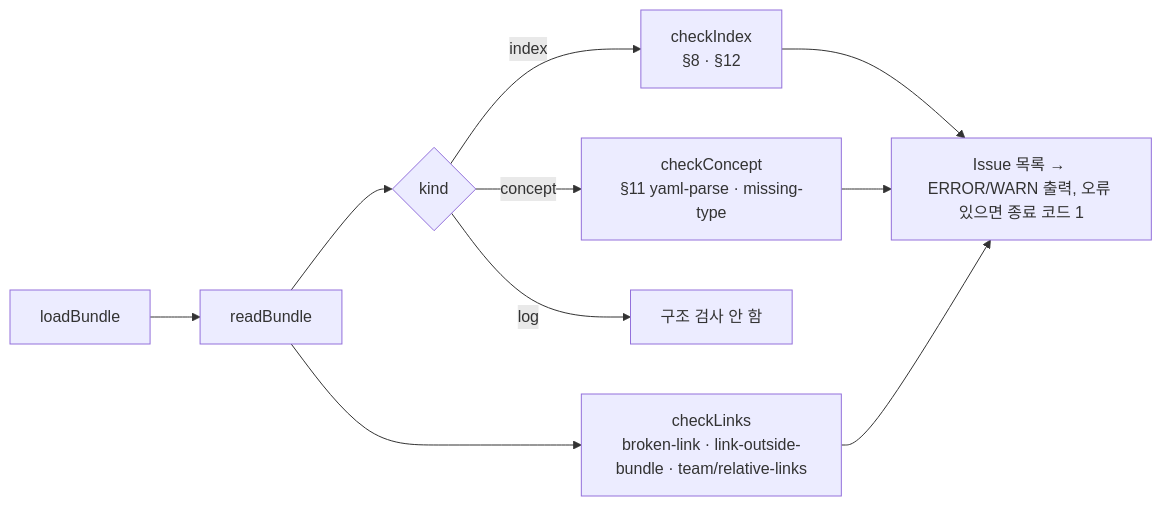
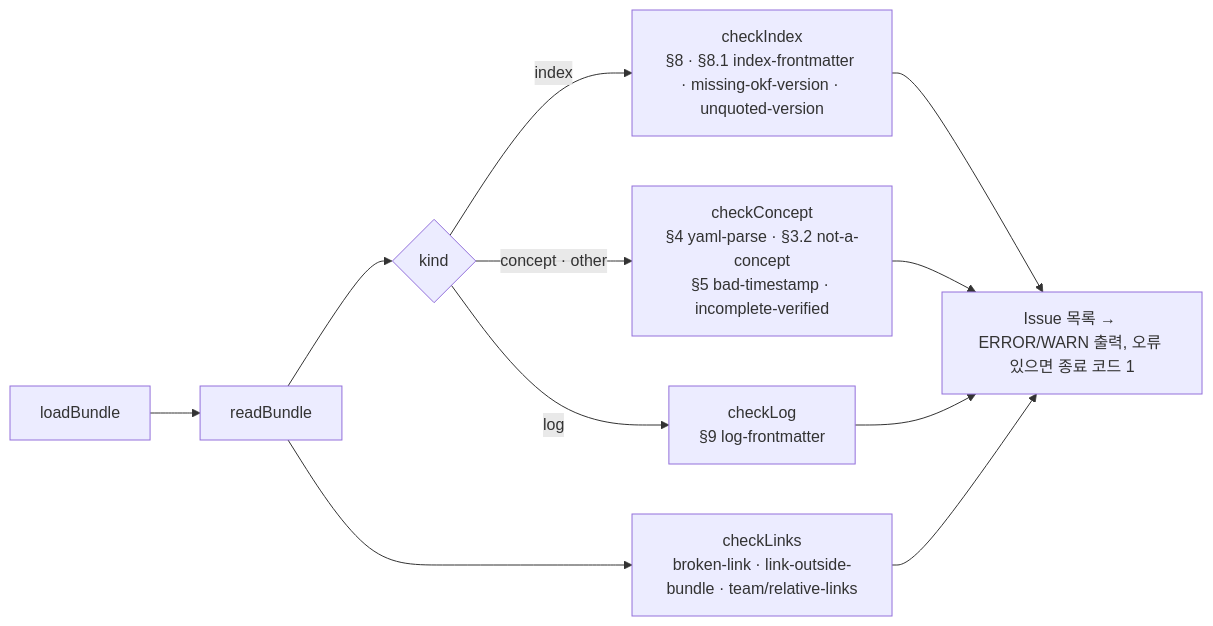
One commit to Junyong34/okf-playbook changed the third of 8 diagrams in docs/okf-modules.md. Above: the diagram before and after it, drawn with Mermaid. The commit also changed other lines of this file and 23 other files, not shown here.

````diff
--- a/docs/okf-modules.md
+++ b/docs/okf-modules.md
@@ -97,10 +98,10 @@
 ```mermaid
 flowchart LR
   load[loadBundle] --> rb[readBundle]
   rb --> k{kind}
-  k -->|index| ci[checkIndex<br/>§8 · §12]
-  k -->|concept| cc[checkConcept<br/>§11 yaml-parse · missing-type]
-  k -->|log| skip[구조 검사 안 함]
+  k -->|index| ci[checkIndex<br/>§8 · §8.1 index-frontmatter · missing-okf-version · unquoted-version]
+  k -->|concept · other| cc[checkConcept<br/>§4 yaml-parse · §3.2 not-a-concept<br/>§5 bad-timestamp · incomplete-verified]
+  k -->|log| cl2[checkLog<br/>§9 log-frontmatter]
   rb --> cl[checkLinks<br/>broken-link · link-outside-bundle · team/relative-links]
-  ci & cc & cl --> out[Issue 목록 → ERROR/WARN 출력, 오류 있으면 종료 코드 1]
+  ci & cc & cl2 & cl --> out[Issue 목록 → ERROR/WARN 출력, 오류 있으면 종료 코드 1]
 ```
````
